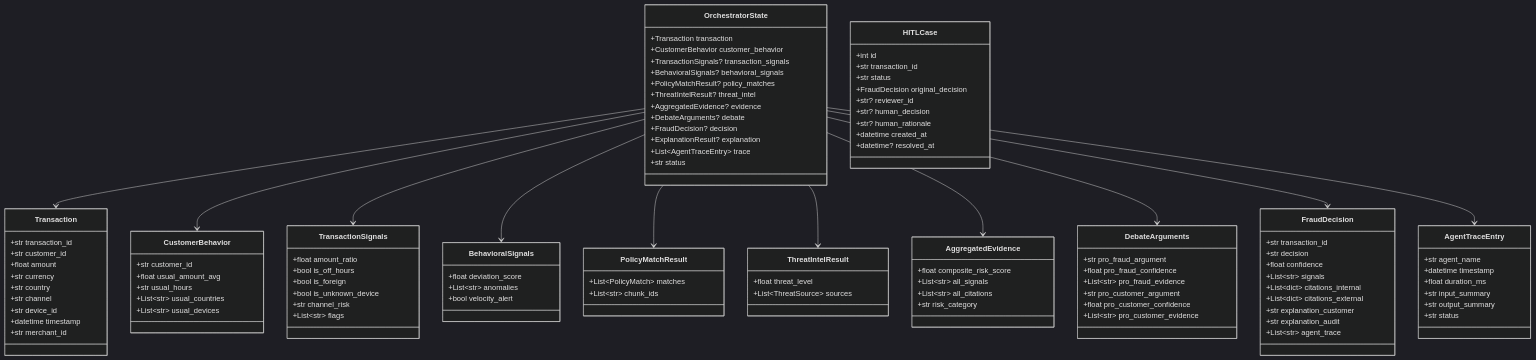
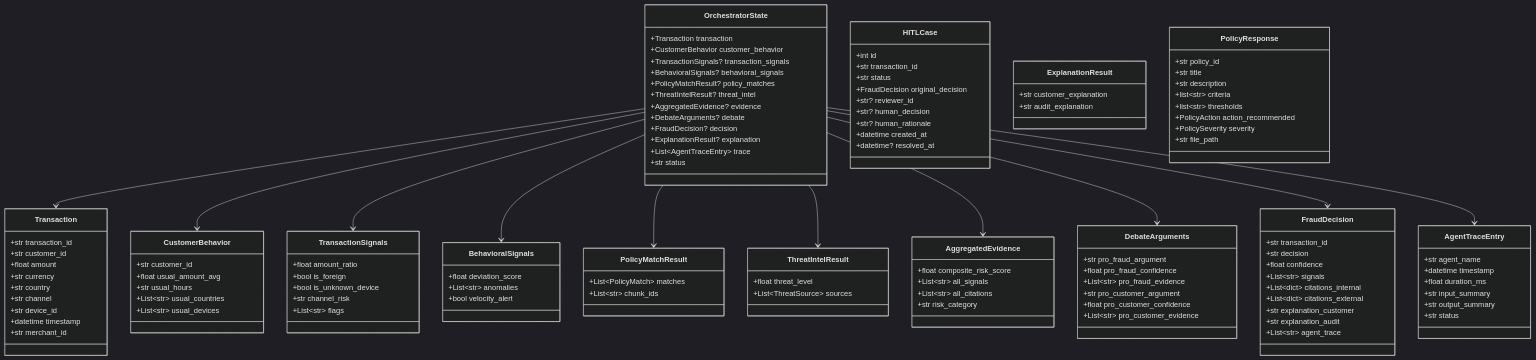
One commit to miguelsff/fraud-detection-multi-agent-system changed the fourth of 11 diagrams in .claude/docs/arquitectura-sistema.md. Above: the diagram before and after it, drawn with Mermaid (dark theme). The commit also changed other lines of this file and 88 other files, not shown here.

```diff
--- a/.claude/docs/arquitectura-sistema.md
+++ b/.claude/docs/arquitectura-sistema.md
@@ -375,7 +384,6 @@
 
     class TransactionSignals {
         +float amount_ratio
-        +bool is_off_hours
         +bool is_foreign
         +bool is_unknown_device
         +str channel_risk
@@ -435,6 +443,22 @@
         +str status
     }
 
+    class ExplanationResult {
+        +str customer_explanation
+        +str audit_explanation
+    }
+
+    class PolicyResponse {
+        +str policy_id
+        +str title
+        +str description
+        +list~str~ criteria
+        +list~str~ thresholds
+        +PolicyAction action_recommended
+        +PolicySeverity severity
+        +str file_path
+    }
+
     OrchestratorState --> Transaction
     OrchestratorState --> CustomerBehavior
     OrchestratorState --> TransactionSignals
```
